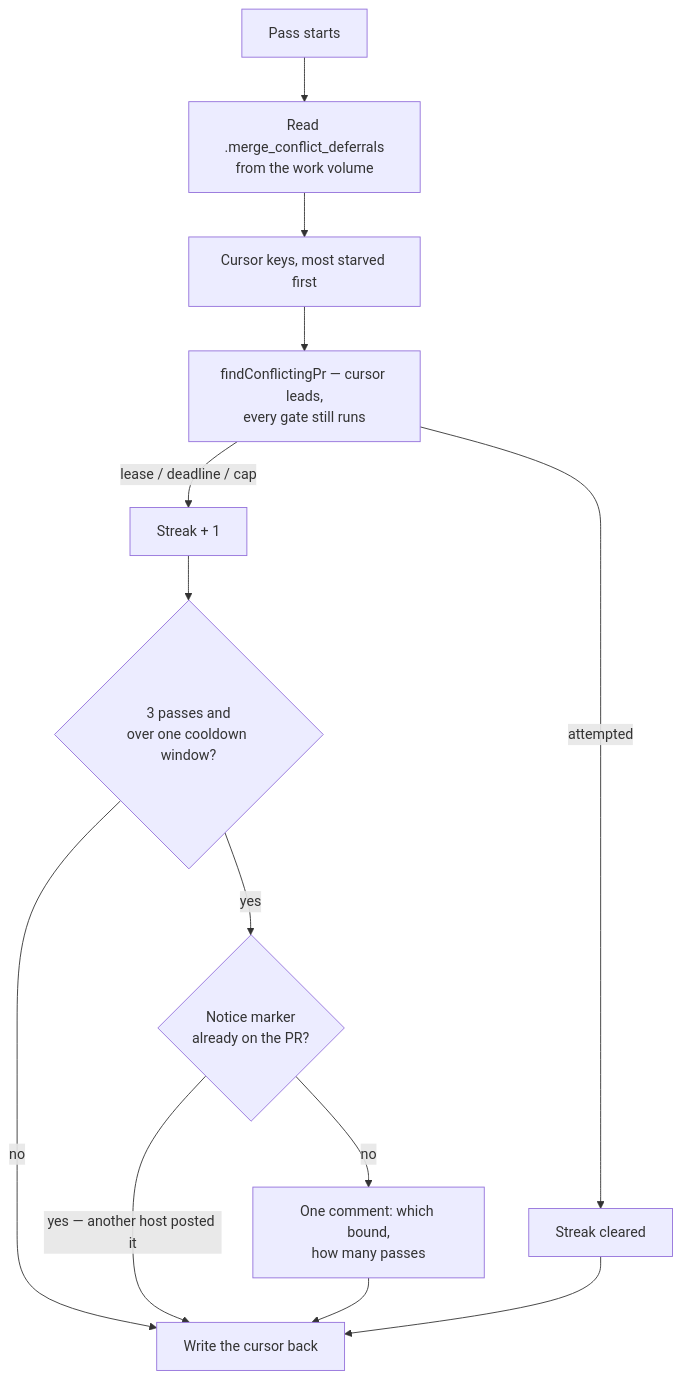
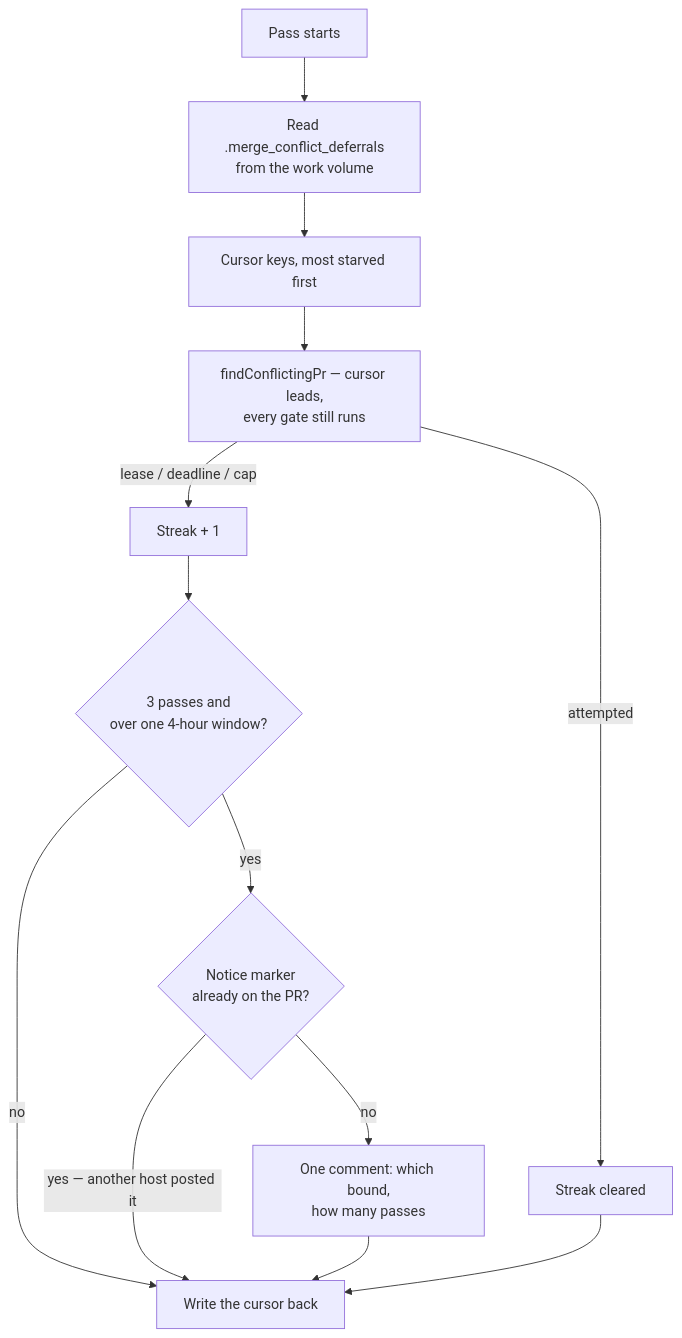
Before and after one commit to stSoftwareAU/VibeCoder: the sixth of 6 diagrams in docs/workflows/merge-conflicts.md, drawn with Mermaid. The commit also changed other lines of this file and 23 other files, not shown here.

````diff
--- a/docs/workflows/merge-conflicts.md
+++ b/docs/workflows/merge-conflicts.md
@@ -925,14 +931,14 @@
 ```mermaid
 flowchart TD
     A[Pass starts] --> B[Read .merge_conflict_deferrals<br/>from the work volume]
     B --> C[Cursor keys, most starved first]
     C --> D[findConflictingPr — cursor leads,<br/>every gate still runs]
     D -->|attempted| E[Streak cleared]
     D -->|lease / deadline / cap| F[Streak + 1]
-    F --> G{3 passes and<br/>over one cooldown window?}
+    F --> G{3 passes and<br/>over one 4-hour window?}
     G -->|no| H[Write the cursor back]
     G -->|yes| I{Notice marker<br/>already on the PR?}
     I -->|yes — another host posted it| H
     I -->|no| J[One comment: which bound,<br/>how many passes] --> H
     E --> H
 ```
````
